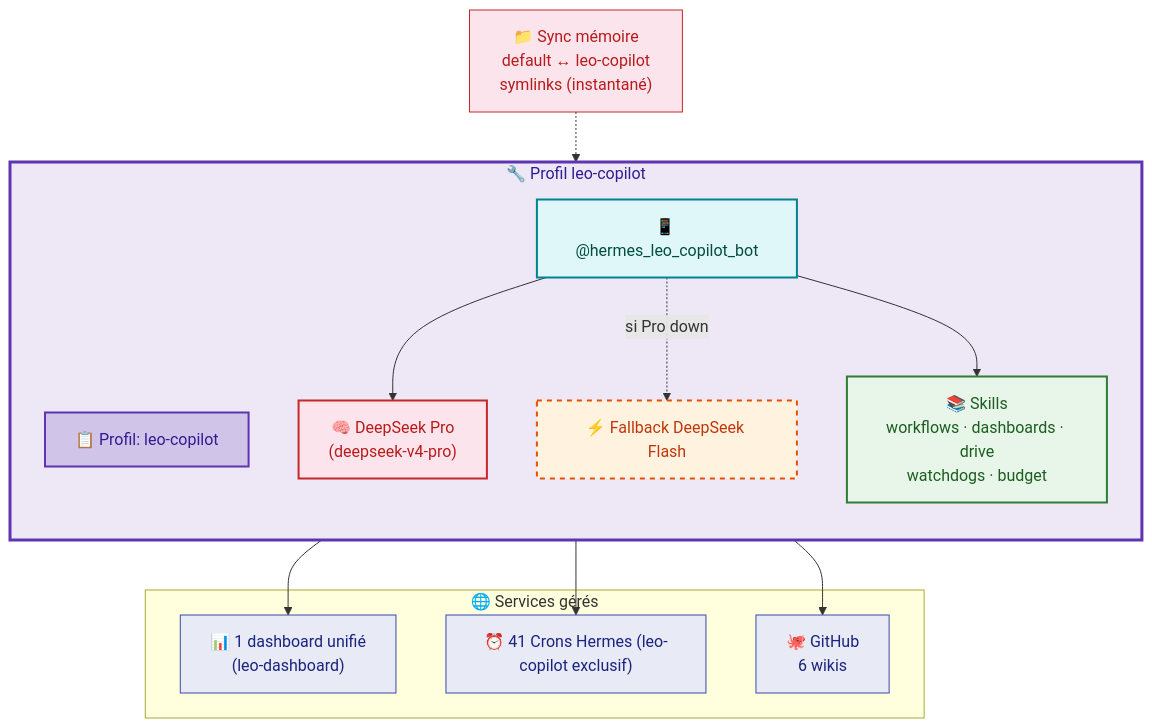
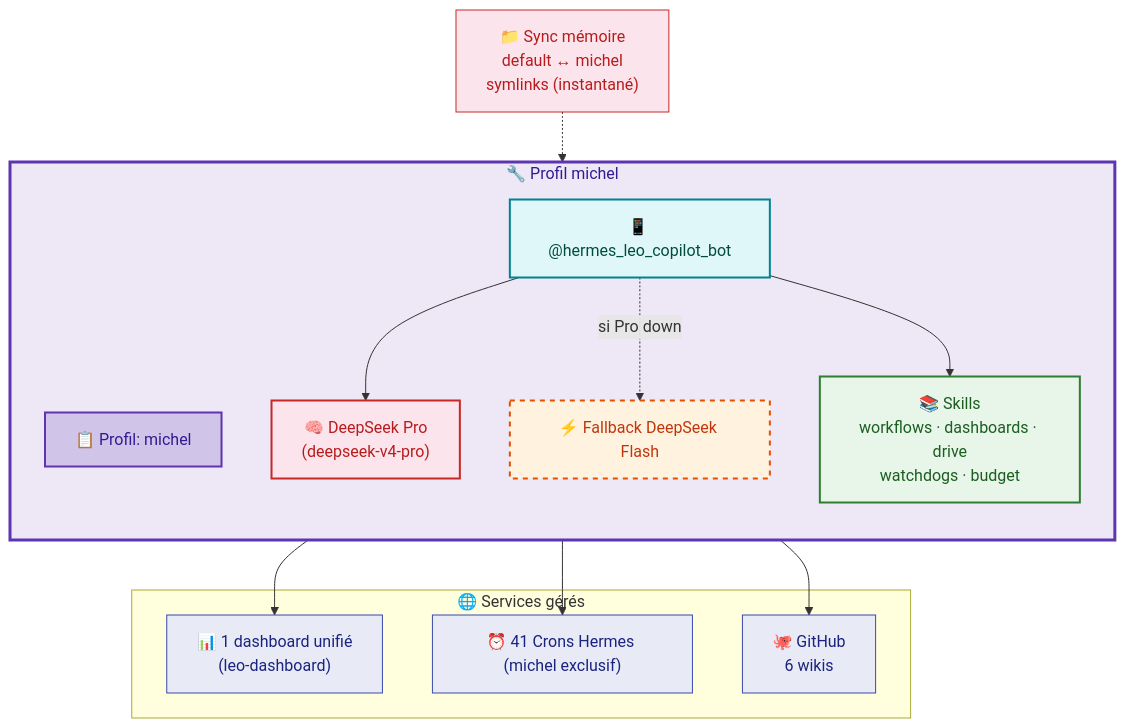
One commit to christophedanhier-hash/hermes-wiki changed the third of 5 diagrams in docs/hermes/architecture-communication.md. Above: the diagram before and after it, drawn with Mermaid. The commit also changed other lines of this file and 73 other files, not shown here.

````diff
--- a/docs/hermes/architecture-communication.md
+++ b/docs/hermes/architecture-communication.md
@@ -135,39 +135,39 @@
 ```mermaid
 flowchart TB
-    subgraph COPILOT["🔧 Profil leo-copilot"]
+    subgraph COPILOT["🔧 Profil michel"]
         direction TB
-        P1["📋 Profil: leo-copilot"]
+        P1["📋 Profil: michel"]
         B1["📱 @hermes_leo_copilot_bot"]
         M1["🧠 DeepSeek Pro<br/>(deepseek-v4-pro)"]
         F1["⚡ Fallback DeepSeek Flash"]
         SKILLS["📚 Skills<br/>workflows · dashboards · drive<br/>watchdogs · budget"]
     end
 
     subgraph EXTERNE["🌐 Services gérés"]
         DASH["📊 1 dashboard unifié<br/>(leo-dashboard)"]
-        CRONS["⏰ 41 Crons Hermes (leo-copilot exclusif)"]
+        CRONS["⏰ 41 Crons Hermes (michel exclusif)"]
         GH["🐙 GitHub<br/>6 wikis"]
     end
 
-    MEM["📁 Sync mémoire<br/>default ↔ leo-copilot<br/>symlinks (instantané)"]
+    MEM["📁 Sync mémoire<br/>default ↔ michel<br/>symlinks (instantané)"]
 
     B1 --> M1
     B1 -.->|"si Pro down"| F1
     B1 --> SKILLS
     MEM -.-> P1
 
     SKILLS --> DASH
     SKILLS --> CRONS
     SKILLS --> GH
 
     style COPILOT fill:#ede7f6,stroke:#5e35b1,stroke-width:3px,color:#311b92
     style P1 fill:#d1c4e9,stroke:#5e35b1,stroke-width:2px,color:#311b92
     style B1 fill:#e0f7fa,stroke:#00838f,stroke-width:2px,color:#004d40
     style M1 fill:#fce4ec,stroke:#c62828,stroke-width:2px,color:#b71c1c
     style F1 fill:#fff3e0,stroke:#e65100,stroke-width:2px,stroke-dasharray:5,color:#bf360c
     style SKILLS fill:#e8f5e9,stroke:#2e7d32,stroke-width:2px,color:#1b5e20
     style MEM fill:#fce4ec,stroke:#c62828,color:#b71c1c
     style DASH fill:#e8eaf6,stroke:#3949ab,color:#1a237e
     style CRONS fill:#e8eaf6,stroke:#3949ab,color:#1a237e
     style GH fill:#e8eaf6,stroke:#3949ab,color:#1a237e
 ```
````
